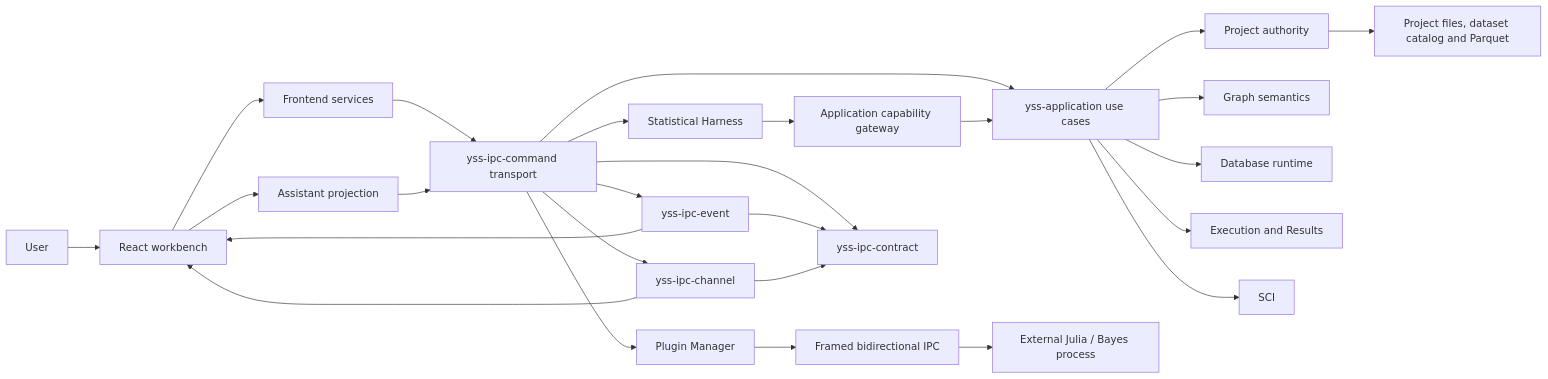
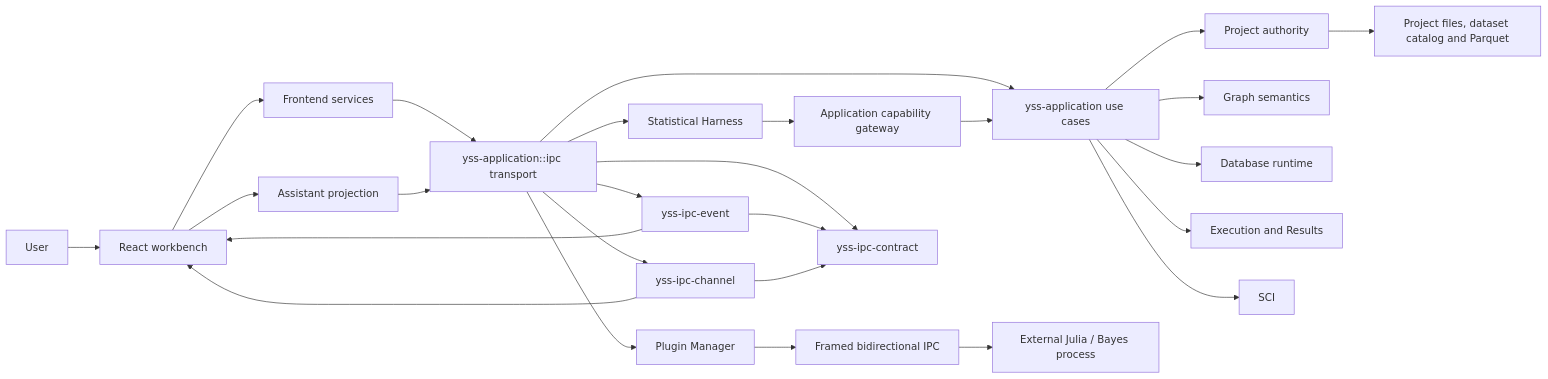
Before and after one commit to zhouyi207/YssBI: the first of 2 diagrams in docs/architecture/ARCHITECTURE.md, drawn with Mermaid. The commit also changed other lines of this file and 18 other files, not shown here.

Commit message:
docs(architecture): document application composition and crate roles

````diff
--- a/docs/architecture/ARCHITECTURE.md
+++ b/docs/architecture/ARCHITECTURE.md
@@ -14,28 +14,28 @@
 ```mermaid
 flowchart LR
   USER[User] --> UI[React workbench]
   UI --> SERVICES[Frontend services]
-  SERVICES --> API[yss-ipc-command transport]
+  SERVICES --> API[yss-application::ipc transport]
   API --> APP[yss-application use cases]
   APP --> PROJECT[Project authority]
   APP --> GRAPH[Graph semantics]
   APP --> DATABASE[Database runtime]
   APP --> EXECUTION[Execution and Results]
   APP --> SCI[SCI]
   API --> PLUGINS[Plugin Manager]
   PLUGINS --> IPC[Framed bidirectional IPC]
   IPC --> EXT[External Julia / Bayes process]
   UI --> HARNESSUI[Assistant projection]
   HARNESSUI --> API
   API --> HARNESS[Statistical Harness]
   HARNESS --> GATEWAY[Application capability gateway]
   GATEWAY --> APP
   PROJECT --> STORAGE[Project files, dataset catalog and Parquet]
   API --> EVENTS[yss-ipc-event]
   API --> CHANNELS[yss-ipc-channel]
   API --> WIRE[yss-ipc-contract]
   EVENTS --> WIRE
   CHANNELS --> WIRE
   EVENTS --> UI
   CHANNELS --> UI
 ```
````
